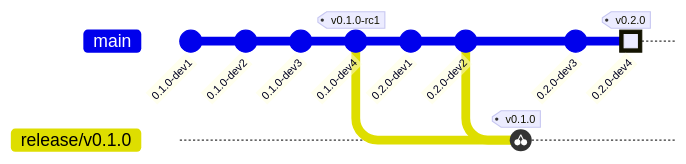
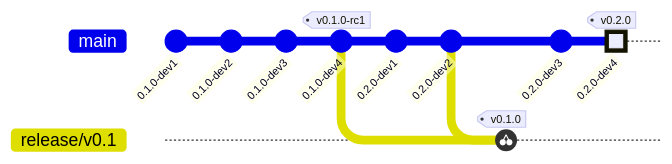
Diagram 13 of 14 in docs/SdkVersioning.md (tomtom-international/commisery-action), drawn with Mermaid before and after one commit. The commit also changed other lines of this file and 1 other file, not shown here.

````diff
--- a/docs/SdkVersioning.md
+++ b/docs/SdkVersioning.md
@@ -533,16 +533,16 @@
 ```mermaid
 gitGraph
   commit id: "0.1.0-dev1"
   commit id: "0.1.0-dev2"
   commit id: "0.1.0-dev3"
   commit id: "0.1.0-dev4" tag: "v0.1.0-rc1"
-  branch release/v0.1.0
+  branch release/v0.1
   checkout main
   commit id: "0.2.0-dev1"
   commit id: "0.2.0-dev2"
-  checkout release/v0.1.0
+  checkout release/v0.1
   cherry-pick id: "0.2.0-dev2" tag: "v0.1.0"
   checkout main
   commit id: "0.2.0-dev3"
   commit id: "0.2.0-dev4" tag: "v0.2.0" type: HIGHLIGHT
 ```
````
